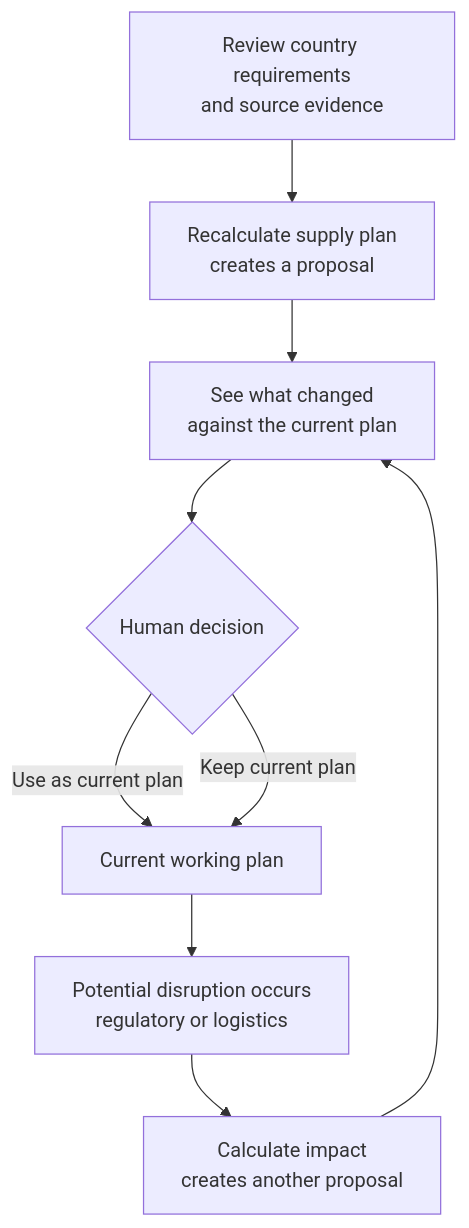
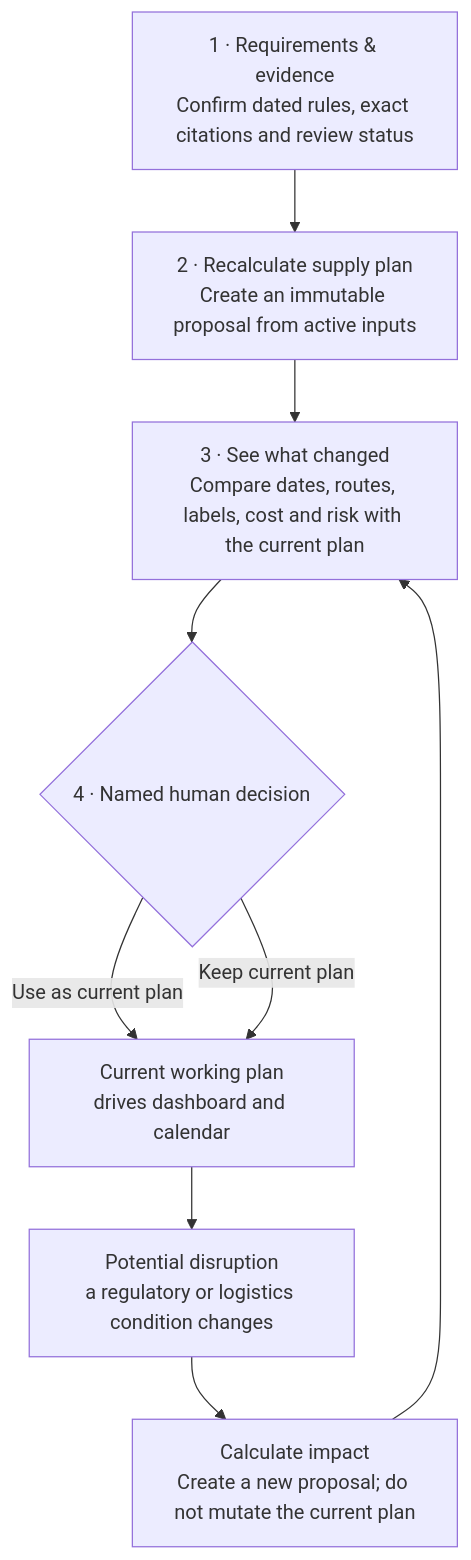
The third of 3 diagrams in README.md (oliverywu/ClearPath), drawn with Mermaid before and after one commit. The commit also changed other lines of this file and 5 other files, not shown here.

Commit message:
Clarify workflow guide and architecture documentation

````diff
--- a/README.md
+++ b/README.md
@@ -51,11 +58,11 @@
 ```mermaid
 flowchart TD
-    R["Review country requirements<br/>and source evidence"] --> P["Recalculate supply plan<br/>creates a proposal"]
-    P --> C["See what changed<br/>against the current plan"]
-    C --> D{"Human decision"}
-    D -->|Use as current plan| A["Current working plan"]
+    R["1 · Requirements & evidence<br/>Confirm dated rules, exact citations and review status"] --> P["2 · Recalculate supply plan<br/>Create an immutable proposal from active inputs"]
+    P --> C["3 · See what changed<br/>Compare dates, routes, labels, cost and risk with the current plan"]
+    C --> D{"4 · Named human decision"}
+    D -->|Use as current plan| A["Current working plan<br/>drives dashboard and calendar"]
     D -->|Keep current plan| A
-    A --> E["Potential disruption occurs<br/>regulatory or logistics"]
-    E --> I["Calculate impact<br/>creates another proposal"]
+    A --> E["Potential disruption<br/>a regulatory or logistics condition changes"]
+    E --> I["Calculate impact<br/>Create a new proposal; do not mutate the current plan"]
     I --> C
 ```
````
